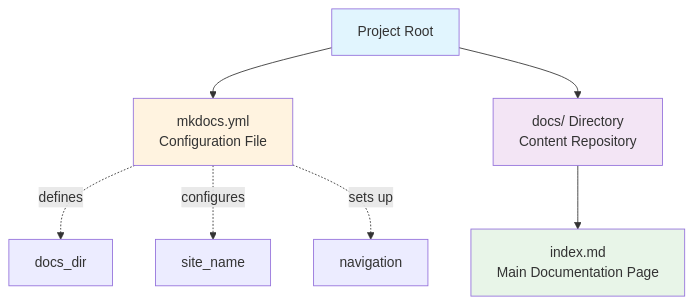
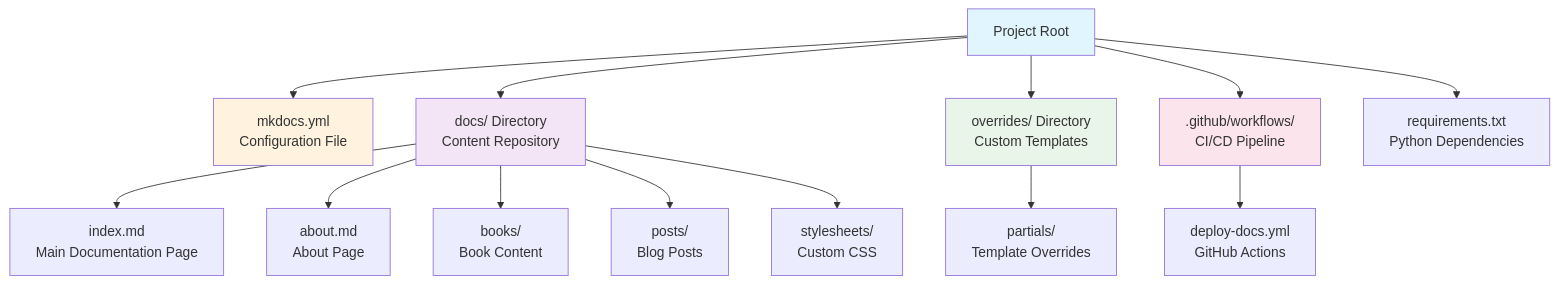
One commit to UltraOptiMega/UltraOptiMega.github.io changed the first of 4 diagrams in .qoder/repowiki/en/content/Project Overview.md. Above: the diagram before and after it, drawn with Mermaid. The commit also changed other lines of this file and 6 other files, not shown here.

````diff
--- a/.qoder/repowiki/en/content/Project Overview.md
+++ b/.qoder/repowiki/en/content/Project Overview.md
@@ -32,13 +44,20 @@
 ```mermaid
 graph TB
 root["Project Root"] --> mkdocs["mkdocs.yml<br/>Configuration File"]
 root --> docs["docs/ Directory<br/>Content Repository"]
+root --> overrides["overrides/ Directory<br/>Custom Templates"]
+root --> workflows[".github/workflows/<br/>CI/CD Pipeline"]
+root --> requirements["requirements.txt<br/>Python Dependencies"]
 docs --> index["index.md<br/>Main Documentation Page"]
-mkdocs -.->|defines| docs_dir
-mkdocs -.->|configures| site_name
-mkdocs -.->|sets up| navigation
+docs --> about["about.md<br/>About Page"]
+docs --> books["books/<br/>Book Content"]
+docs --> posts["posts/<br/>Blog Posts"]
+docs --> stylesheets["stylesheets/<br/>Custom CSS"]
+overrides --> partials["partials/<br/>Template Overrides"]
+workflows --> deploy["deploy-docs.yml<br/>GitHub Actions"]
 style root fill:#e1f5fe
 style mkdocs fill:#fff3e0
 style docs fill:#f3e5f5
-style index fill:#e8f5e8
+style overrides fill:#e8f5e8
+style workflows fill:#fce4ec
 ```
````
